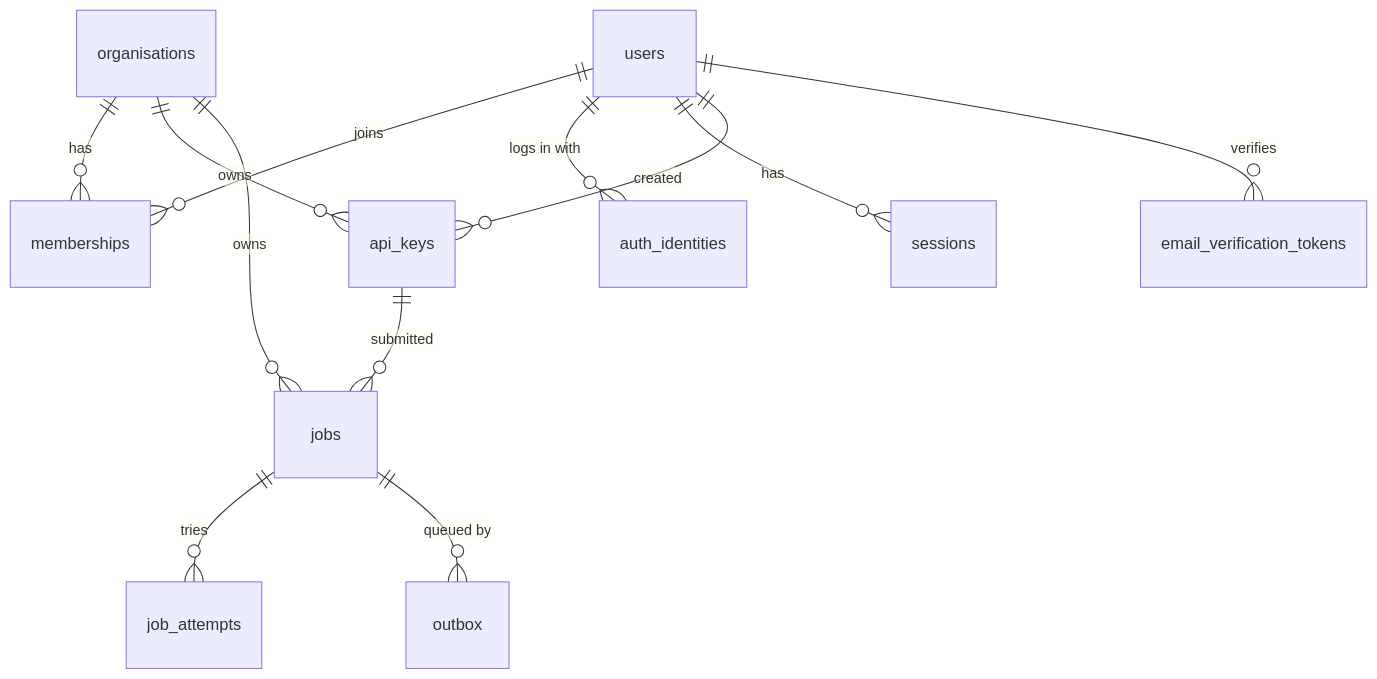
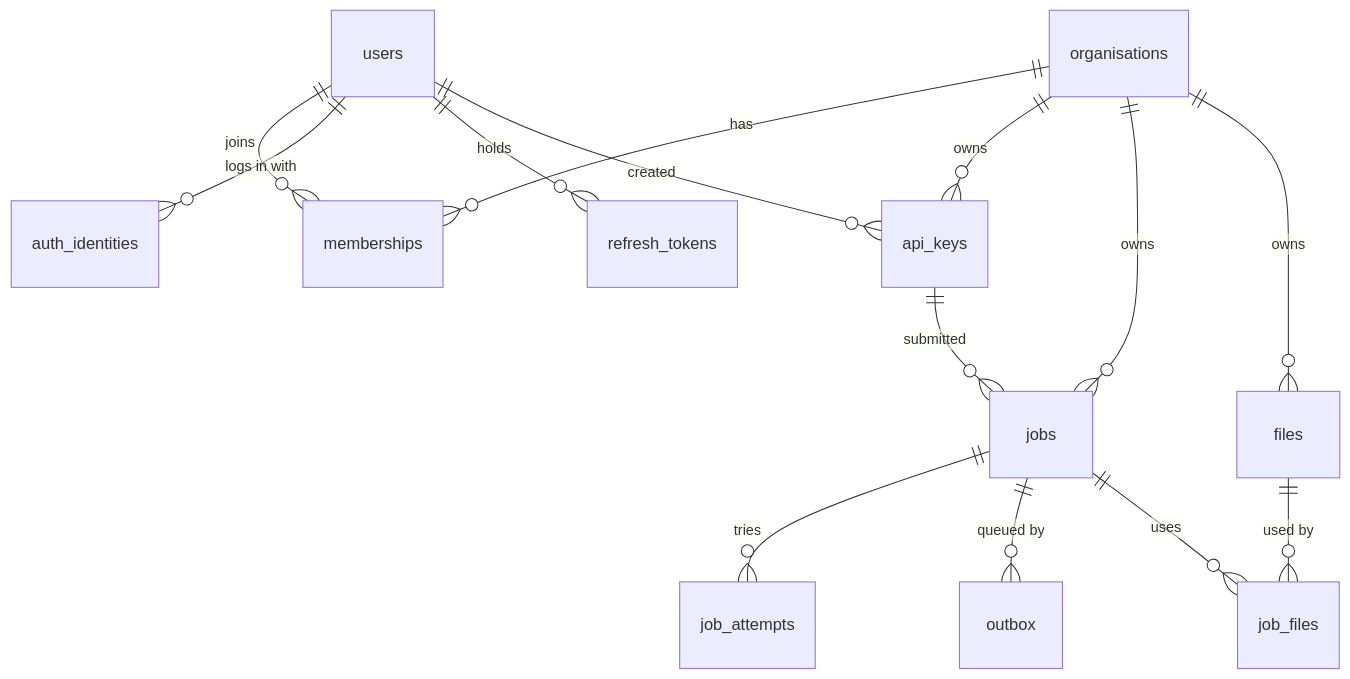
Before and after one commit to aiparadox/worker-for-everything: the diagram in docs/DATABASE.md, drawn with Mermaid. The commit also changed other lines of this file and 2 other files, not shown here.

Commit message:
Rewrite architecture and database docs for ack-after-claim, per-type queues, JWT login and file upload; record decisions D23-D35

````diff
--- a/docs/DATABASE.md
+++ b/docs/DATABASE.md
@@ -37,14 +35,16 @@
 ```mermaid
 erDiagram
     organisations ||--o{ memberships : has
     users ||--o{ memberships : joins
     users ||--o{ auth_identities : "logs in with"
-    users ||--o{ sessions : has
+    users ||--o{ refresh_tokens : holds
     organisations ||--o{ api_keys : owns
     users ||--o{ api_keys : created
     organisations ||--o{ jobs : owns
+    organisations ||--o{ files : owns
     api_keys ||--o{ jobs : submitted
     jobs ||--o{ job_attempts : tries
     jobs ||--o{ outbox : "queued by"
-    users ||--o{ email_verification_tokens : verifies
+    jobs ||--o{ job_files : uses
+    files ||--o{ job_files : "used by"
 ```
````
